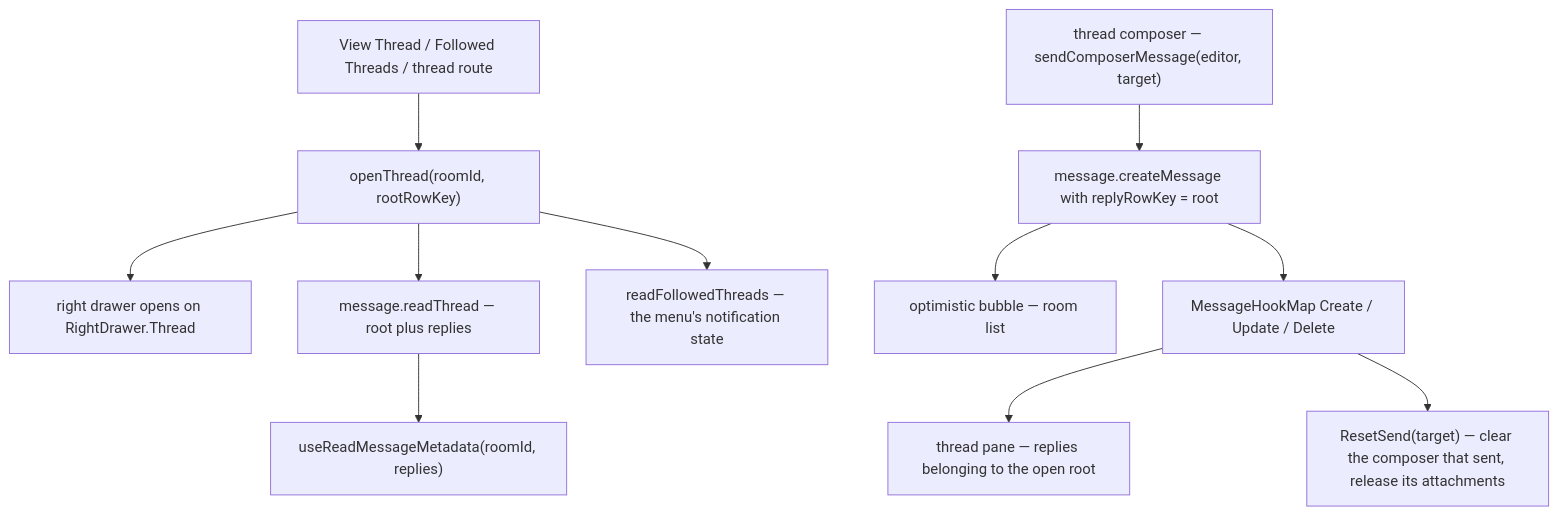
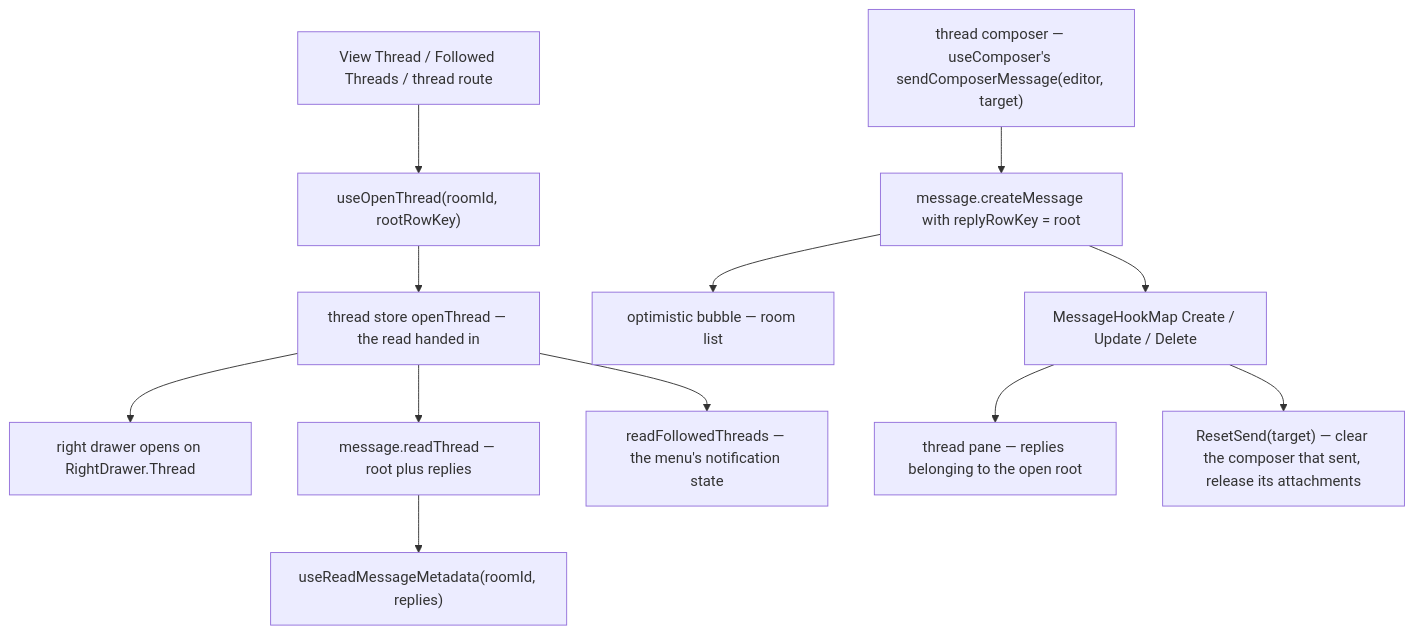
One commit to Esposter/Esposter changed the diagram in apps/web/content/docs/esbabbler/threads.md. Above: the diagram before and after it, drawn with Mermaid. The commit also changed other lines of this file and 8 other files, not shown here.

First line of the commit message:
fix(esbabbler): a thread's read is handed to its store, so the store no longer closes a module cycle through the file store

````diff
--- a/apps/web/content/docs/esbabbler/threads.md
+++ b/apps/web/content/docs/esbabbler/threads.md
@@ -18,13 +18,14 @@
 ```mermaid
 flowchart TD
-  V["View Thread / Followed Threads / thread route"] --> O["openThread(roomId, rootRowKey)"]
+  V["View Thread / Followed Threads / thread route"] --> U["useOpenThread(roomId, rootRowKey)"]
+  U --> O["thread store openThread — the read handed in"]
   O --> D["right drawer opens on RightDrawer.Thread"]
   O --> R["message.readThread — root plus replies"]
   R --> RM["useReadMessageMetadata(roomId, replies)"]
   O --> F["readFollowedThreads — the menu's notification state"]
-  C["thread composer — sendComposerMessage(editor, target)"] --> M["message.createMessage with replyRowKey = root"]
+  C["thread composer — useComposer's sendComposerMessage(editor, target)"] --> M["message.createMessage with replyRowKey = root"]
   M --> B["optimistic bubble — room list"]
   M --> HK["MessageHookMap Create / Update / Delete"]
   HK --> P["thread pane — replies belonging to the open root"]
   HK --> RS["ResetSend(target) — clear the composer that sent, release its attachments"]
 ```
````
